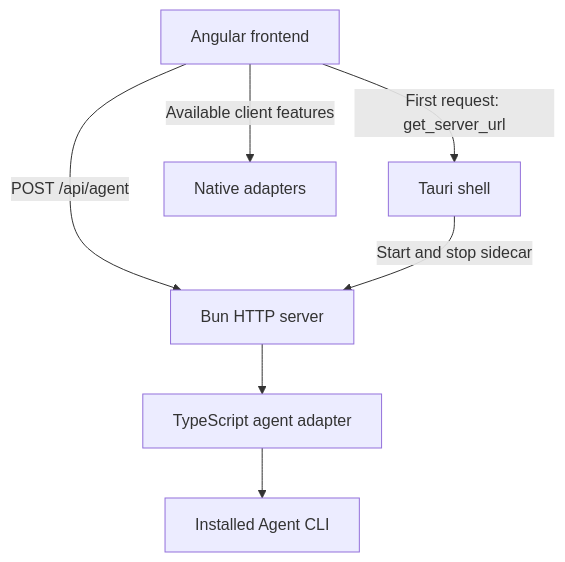
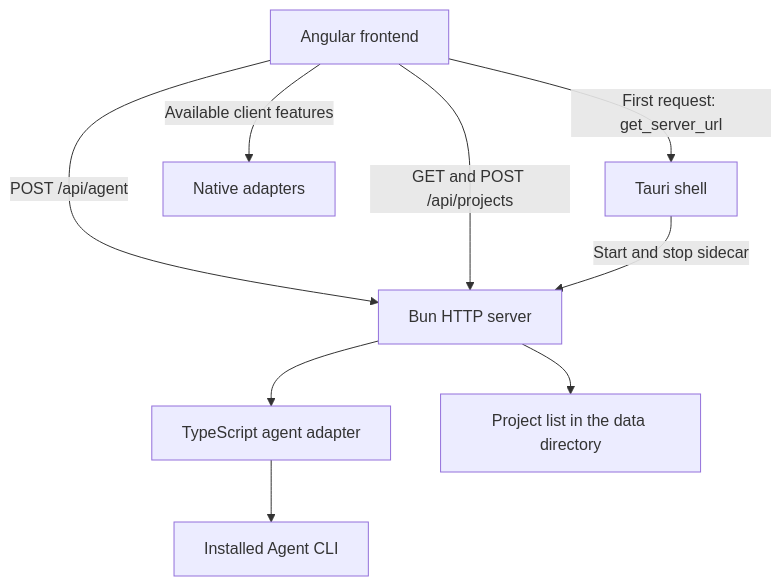
Before and after one commit to FreakeyPlays/eitri: the diagram in docs/internals/architecture.md, drawn with Mermaid. The commit also changed other lines of this file and 55 other files, not shown here.

````diff
--- a/docs/internals/architecture.md
+++ b/docs/internals/architecture.md
@@ -48,9 +51,11 @@
 ```mermaid
 flowchart TB
     UI[Angular frontend] -->|POST /api/agent| H[Bun HTTP server]
+    UI -->|GET and POST /api/projects| H
     H --> S[TypeScript agent adapter]
+    H --> P[Project list in the data directory]
     S --> C[Installed Agent CLI]
     UI -->|First request: get_server_url| T[Tauri shell]
     T -->|Start and stop sidecar| H
     UI -->|Available client features| N[Native adapters]
 ```
````
